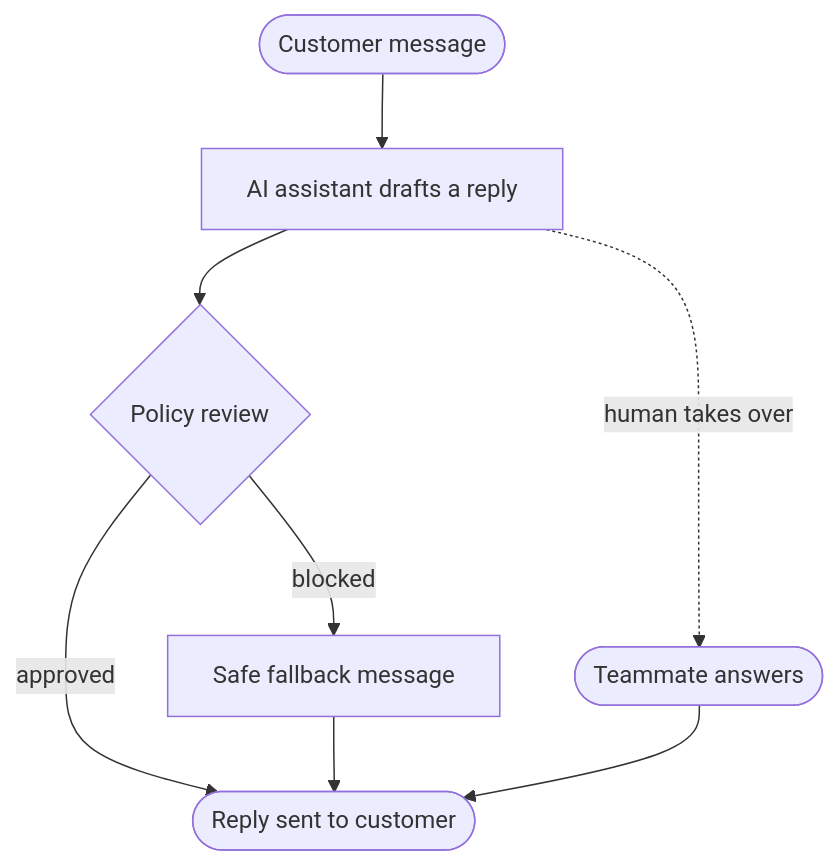
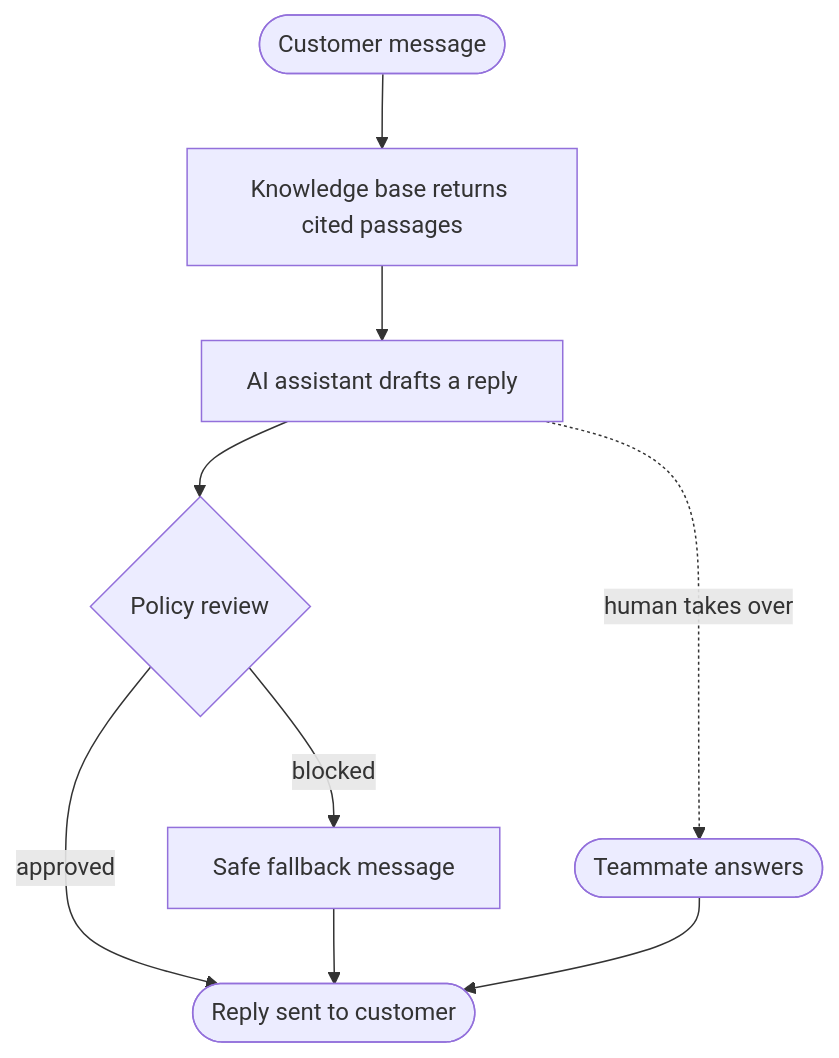
The diagram in README.md (jameskkkk7/Bridge-Agents), drawn with Mermaid before and after one commit. The commit also changed other lines of this file and 4 other files, not shown here.

Commit message:
docs: document the RAG knowledge base and citations

````diff
--- a/README.md
+++ b/README.md
@@ -42,10 +44,11 @@
 ```mermaid
 flowchart TD
-    customer(["Customer message"]) --> assistant["AI assistant drafts a reply"]
+    customer(["Customer message"]) --> retrieve["Knowledge base returns cited passages"]
+    retrieve --> assistant["AI assistant drafts a reply"]
     assistant --> review{"Policy review"}
     review -->|approved| sent(["Reply sent to customer"])
     review -->|blocked| fallback["Safe fallback message"]
     fallback --> sent
     assistant -.->|human takes over| teammate(["Teammate answers"])
     teammate --> sent
 ```
````
